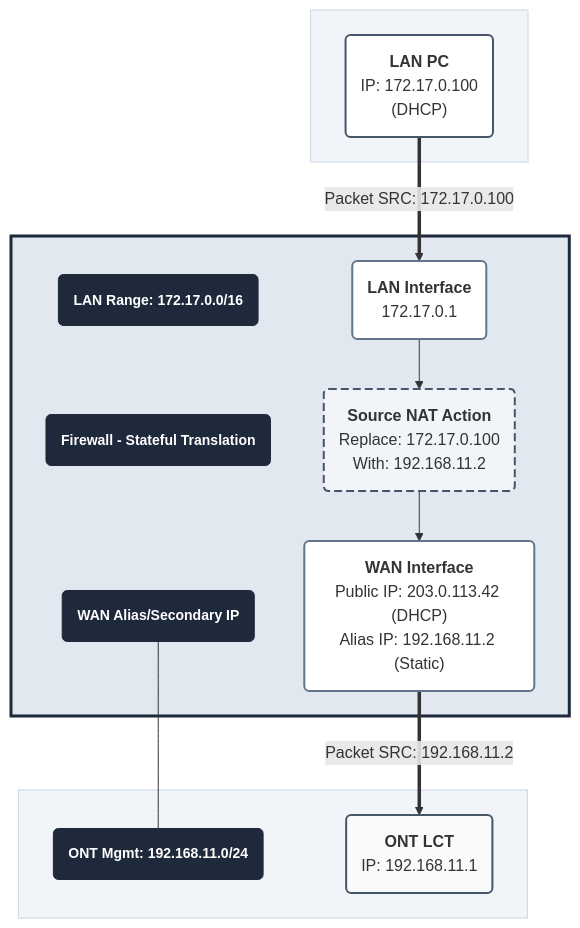
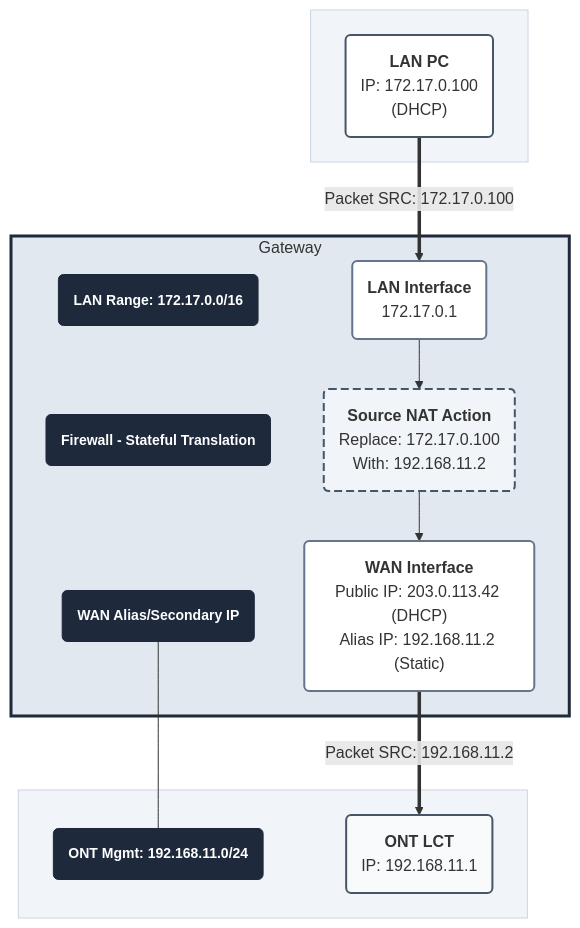
One commit to up-n-atom/8311 changed the diagram in docs/posts/accessing-the-ont.md. Above: the diagram before and after it, drawn with Mermaid.

Commit message:
post 19: add gateway title to diagram

````diff
--- a/docs/posts/accessing-the-ont.md
+++ b/docs/posts/accessing-the-ont.md
@@ -218,54 +218,54 @@
 ``` mermaid
 graph TD
 
   %% Style Definitions
   classDef lanNode fill:#fff,stroke:#475569,stroke-width:2px;
   classDef interfaceNode fill:#fff,stroke:#64748b,stroke-width:2px;
   classDef natNode fill:#f1f5f9,stroke:#475569,stroke-width:2px,stroke-dasharray: 8 4;
   classDef titleNode fill:#1e293b,stroke:#1e293b,font-weight:bold,font-size:14px;
   classDef ontNode fill:#f8fafc,stroke:#475569,stroke-width:2px;
 
   %% Internal LAN Section
   subgraph LAN_Group [" "]
     PC("<b>LAN PC</b><br/>IP: 172.17.0.100<br/>(DHCP)"):::lanNode
   end
 
   %% Firewall / Gateway Section
-  subgraph GW_Group [" "]
+  subgraph GW_Group ["Gateway"]
     %% Title Column (Left)
     L_Range("<font color=white>LAN Range: 172.17.0.0/16"):::titleNode
     G_Title("<font color=white>Firewall - Stateful Translation"):::titleNode
     W_Alias("<font color=white>WAN Alias/Secondary IP"):::titleNode
 
 
     %% Flow Column (Right)
     L_IF("<b>LAN Interface</b><br/>172.17.0.1"):::interfaceNode
     NAT("<b>Source NAT Action</b><br/>Replace: 172.17.0.100<br/>With: 192.168.11.2"):::natNode
     W_IF("<b>WAN Interface</b><br/>Public IP: 203.0.113.42 (DHCP)<br/>Alias IP: 192.168.11.2 (Static)"):::interfaceNode
 
     %% Force Vertical Stacking (Connections)
     L_Range --- G_Title
     G_Title --- W_Alias
     L_IF --> NAT
     NAT --> W_IF
   end
 
   %% ONT Section
   subgraph ONT_Group [" "]
     O_Range("<font color=white>ONT Mgmt: 192.168.11.0/24"):::titleNode
     ONT("<b>ONT LCT</b><br/>IP: 192.168.11.1"):::ontNode
   end
 
   %% External Packet Flow
   PC ==>|Packet SRC: 172.17.0.100| L_IF
   W_IF ==>|Packet SRC: 192.168.11.2| ONT
   W_Alias --- O_Range
 
   %% Hiding the lines between titleNodes (Indices 0 and 1 of the --- links)
   linkStyle 0,1 stroke-width:0px;
 
   %% Subgraph Box Styling
   style LAN_Group fill:#f1f5f9,stroke:#cbd5e1,stroke-width:1px
   style GW_Group fill:#e2e8f0,stroke:#1e293b,stroke-width:3px
   style ONT_Group fill:#f1f5f9,stroke:#cbd5e1,stroke-width:1px
 ```
````
